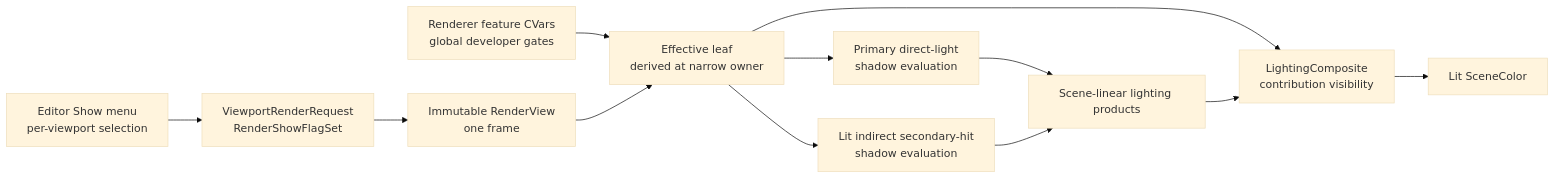
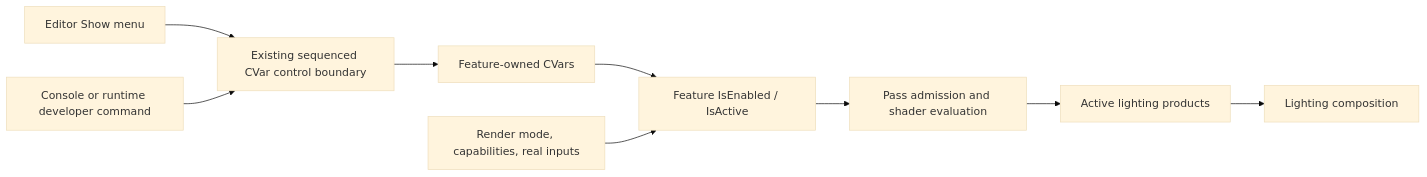
Before and after one commit to stoleckipawel/SparkleEngine: the diagram in Docs/Architecture/Modules/Engine/Renderer/Features/DebugViews/Controls/ShowFlags.md, drawn with Mermaid (base theme). The commit also changed other lines of this file and 16 other files, not shown here.

````diff
--- a/Docs/Architecture/Modules/Engine/Renderer/Features/DebugViews/Controls/ShowFlags.md
+++ b/Docs/Architecture/Modules/Engine/Renderer/Features/DebugViews/Controls/ShowFlags.md
@@ -42,14 +40,11 @@
 ```mermaid
 flowchart LR
-    UI[Editor Show menu<br/>per-viewport selection] --> Request[ViewportRenderRequest<br/>RenderShowFlagSet]
-    Request --> View[Immutable RenderView<br/>one frame]
-    CVar[Renderer feature CVars<br/>global developer gates] --> Effective[Effective leaf<br/>derived at narrow owner]
-    View --> Effective
-    Effective --> Direct[Primary direct-light<br/>shadow evaluation]
-    Effective --> Indirect[Lit indirect secondary-hit<br/>shadow evaluation]
-    Effective --> Composite[LightingComposite<br/>contribution visibility]
-    Direct --> Products[Scene-linear lighting products]
-    Indirect --> Products
-    Products --> Composite
-    Composite --> SceneColor[Lit SceneColor]
+    UI[Editor Show menu] --> Control[Existing sequenced CVar control boundary]
+    Console[Console or runtime developer command] --> Control
+    Control --> CVar[Feature-owned CVars]
+    CVar --> Feature[Feature IsEnabled / IsActive]
+    View[Render mode, capabilities, real inputs] --> Feature
+    Feature --> Work[Pass admission and shader evaluation]
+    Work --> Products[Active lighting products]
+    Products --> Composite[Lighting composition]
 ```
````
